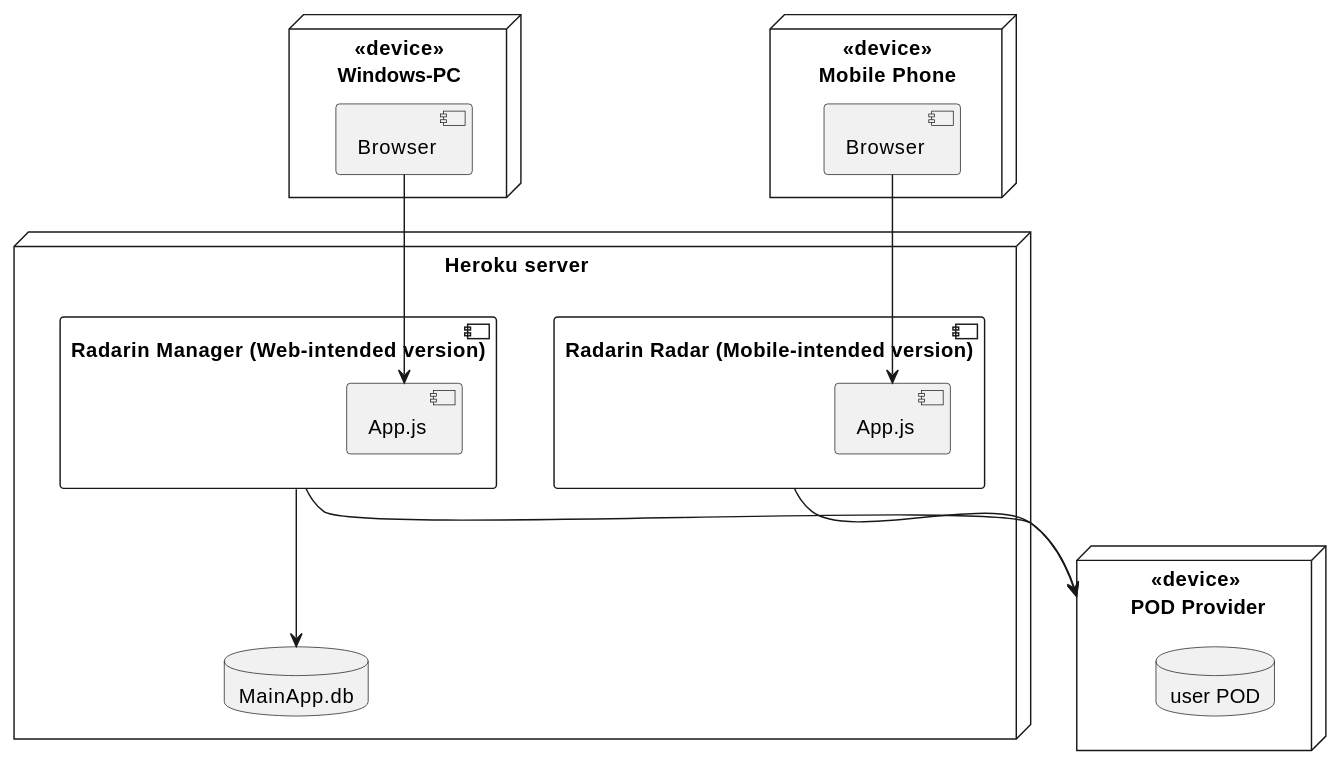
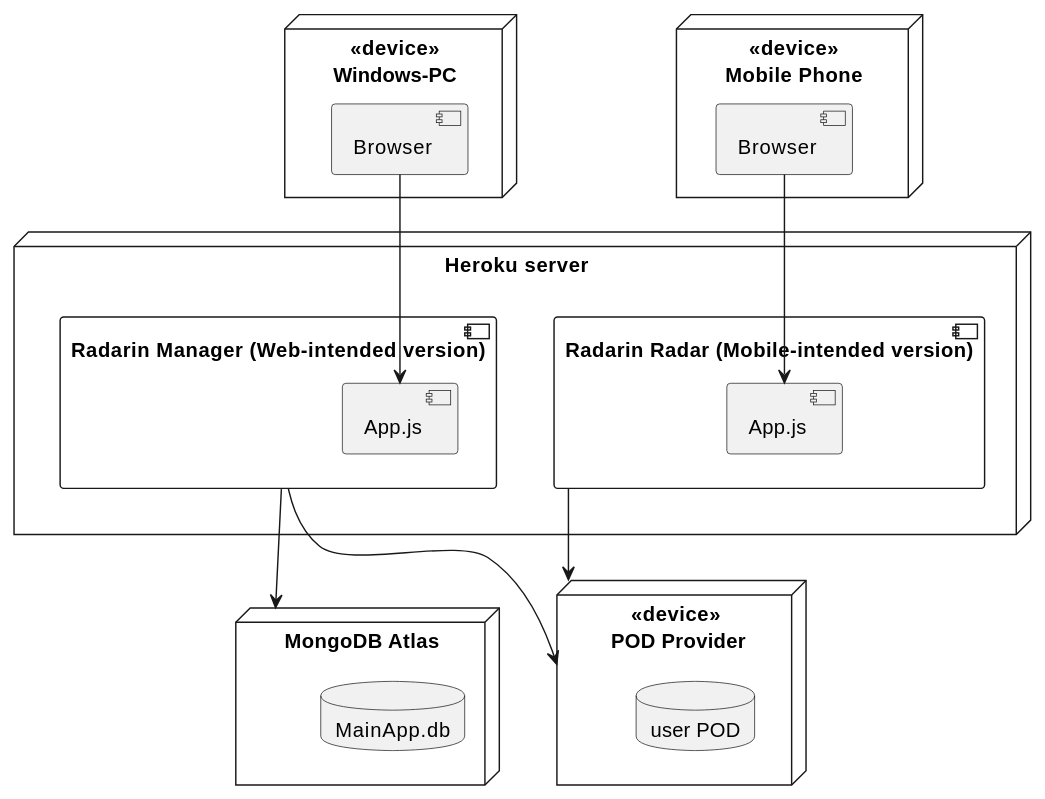
One commit to Arquisoft/radarin_en1b changed the diagram in webapp/docs/07_deployment_view.adoc. Above: the diagram before and after it, drawn with PlantUML.

Commit message:
retouches to section 7

```diff
--- a/webapp/docs/07_deployment_view.adoc
+++ b/webapp/docs/07_deployment_view.adoc
@@ -53,40 +53,38 @@
 [plantuml,"Component diagram",png]
 ----
 node "<<device>>\nWindows-PC" {
      
     component [Browser] as NavegadorPc
     
  }
+node "MongoDB Atlas" as mongo {
+    database "MainApp.db" as MainDatabase
+}
+
 node "<<device>>\n POD Provider" as podProvider {
  
  database "user POD" as upod
 }
 
 node "Heroku server" as MainPage{
-    component "Radarin Manager (Web-intended version)" as MainApp {
+   component "Radarin Manager (Web-intended version)" as MainApp {
        component [App.js] as MainIndex
-    }
-   
+    }   
    component "Radarin Radar (Mobile-intended version)" as MobileApp {
         component [App.js] as MobileIndex
    }
-
-
-  database "MainApp.db" as MainDatabase
 }
 
 node "<<device>>\nMobile Phone" as Mobile {
 
   component [Browser] as NavegadorMovil
 }
 
 NavegadorPc --> MainIndex
 NavegadorMovil --> MobileIndex
 
-
-MainApp --> MainDatabase
-
+MainApp --> mongo
 MainApp --> podProvider
 MobileApp --> podProvider
 
 ----
```
